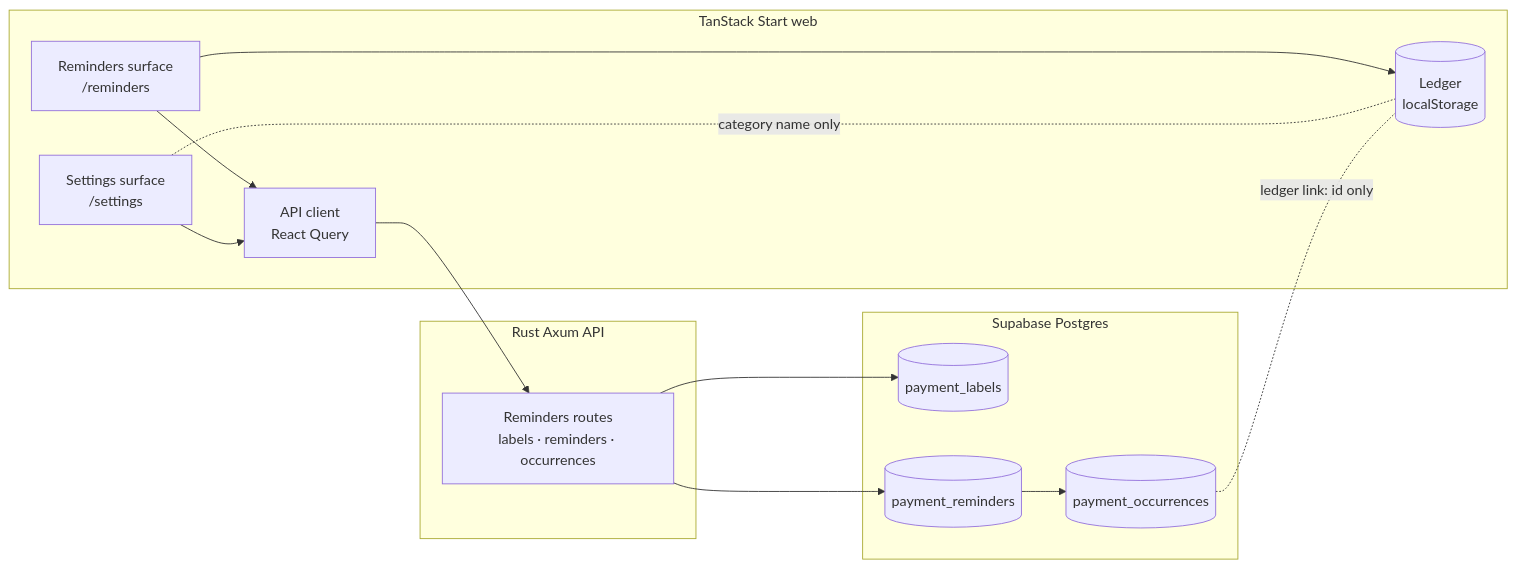
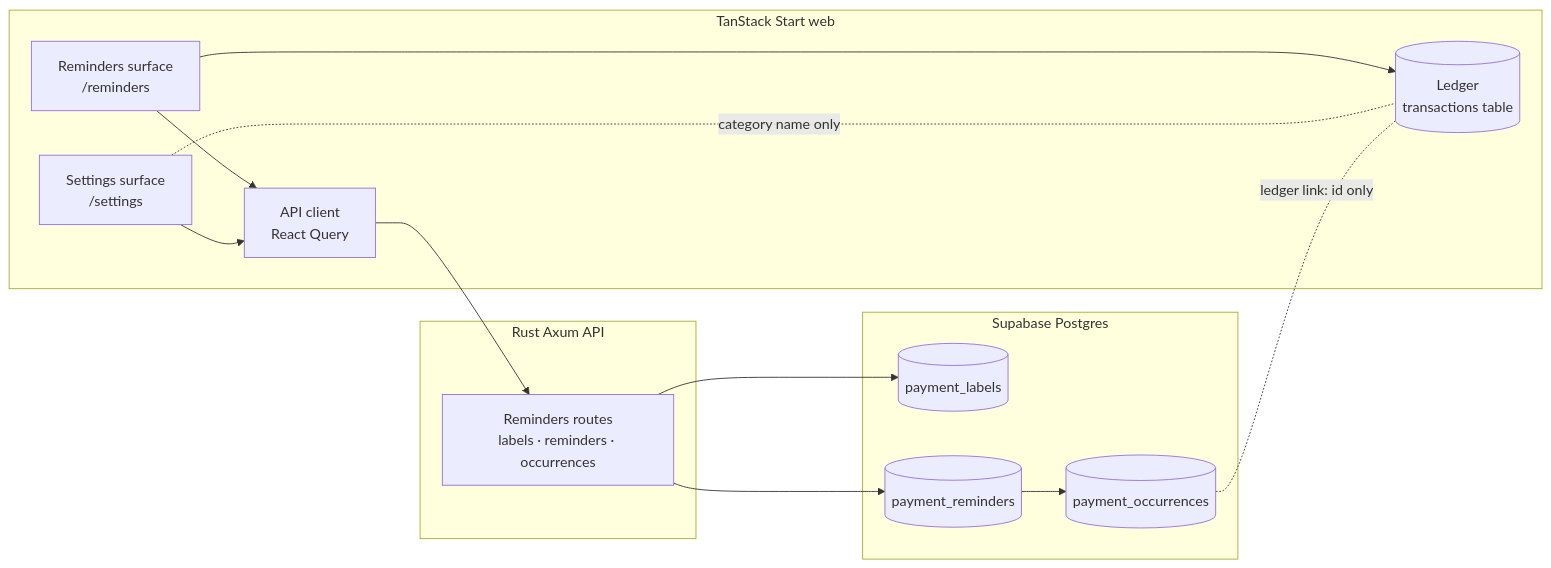
The diagram in openspec/changes/payment-reminders/design.md (Markila-BOT/m-proper), drawn with Mermaid before and after one commit. The commit also changed other lines of this file and 72 other files, not shown here.

````diff
--- a/openspec/changes/payment-reminders/design.md
+++ b/openspec/changes/payment-reminders/design.md
@@ -9,26 +9,26 @@
 ```mermaid
 flowchart LR
   subgraph Web[TanStack Start web]
     R[Reminders surface<br/>/reminders]
     S[Settings surface<br/>/settings]
     H[API client<br/>React Query]
-    L[(Ledger<br/>localStorage)]
+    L[(Ledger<br/>transactions table)]
   end
   subgraph API[Rust Axum API]
     PR[Reminders routes<br/>labels · reminders · occurrences]
   end
   subgraph DB[Supabase Postgres]
     PL[(payment_labels)]
     PM[(payment_reminders)]
     PO[(payment_occurrences)]
   end
   R --> H
   S --> H
   H --> PR
   PR --> PL
   PR --> PM
   PM --> PO
   R --> L
   S -. category name only .- L
   PO -. ledger link: id only .- L
 ```
````
